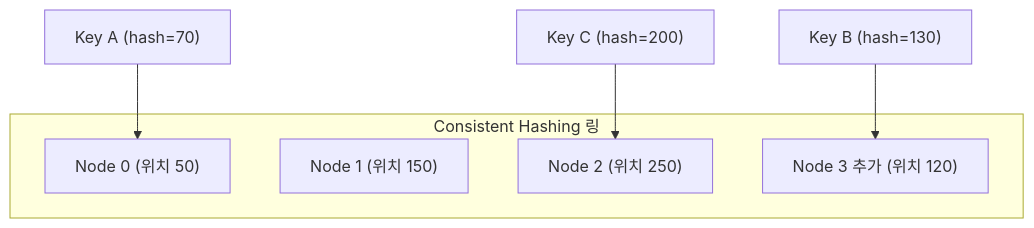
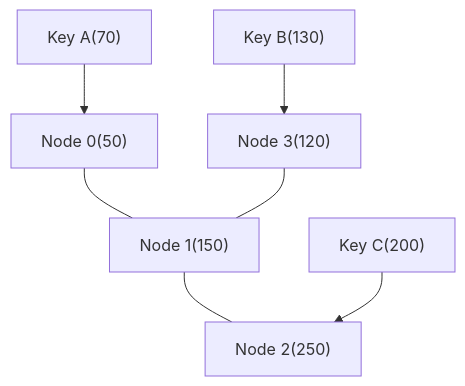
One commit to yjkim2015/yjkim2015.github.io changed the fifth of 13 diagrams in _posts/db/2026-05-01-db-sharding.md. Above: the diagram before and after it, drawn with Mermaid. The commit also changed other lines of this file and 155 other files, not shown here.

First line of the commit message:
Mermaid 전면 수정: subgraph 제거, participant/노드/줄수 축소 (342블록)

````diff
--- a/_posts/db/2026-05-01-db-sharding.md
+++ b/_posts/db/2026-05-01-db-sharding.md
@@ -119,12 +111,9 @@
 ```mermaid
 graph TD
-    subgraph "Consistent Hashing 링"
-        N0["Node 0 (위치 50)"]
-        N1["Node 1 (위치 150)"]
-        N2["Node 2 (위치 250)"]
-        N3["Node 3 추가 (위치 120)"]
-    end
-    K0["Key A (hash=70)"] --> N0
-    K1["Key B (hash=130)"] --> N3
-    K2["Key C (hash=200)"] --> N2
+    N0["Node 0(50)"] --- N1["Node 1(150)"]
+    N1 --- N2["Node 2(250)"]
+    N3["Node 3(120)"] --- N1
+    K0["Key A(70)"] --> N0
+    K1["Key B(130)"] --> N3
+    K2["Key C(200)"] --> N2
 ```
````
